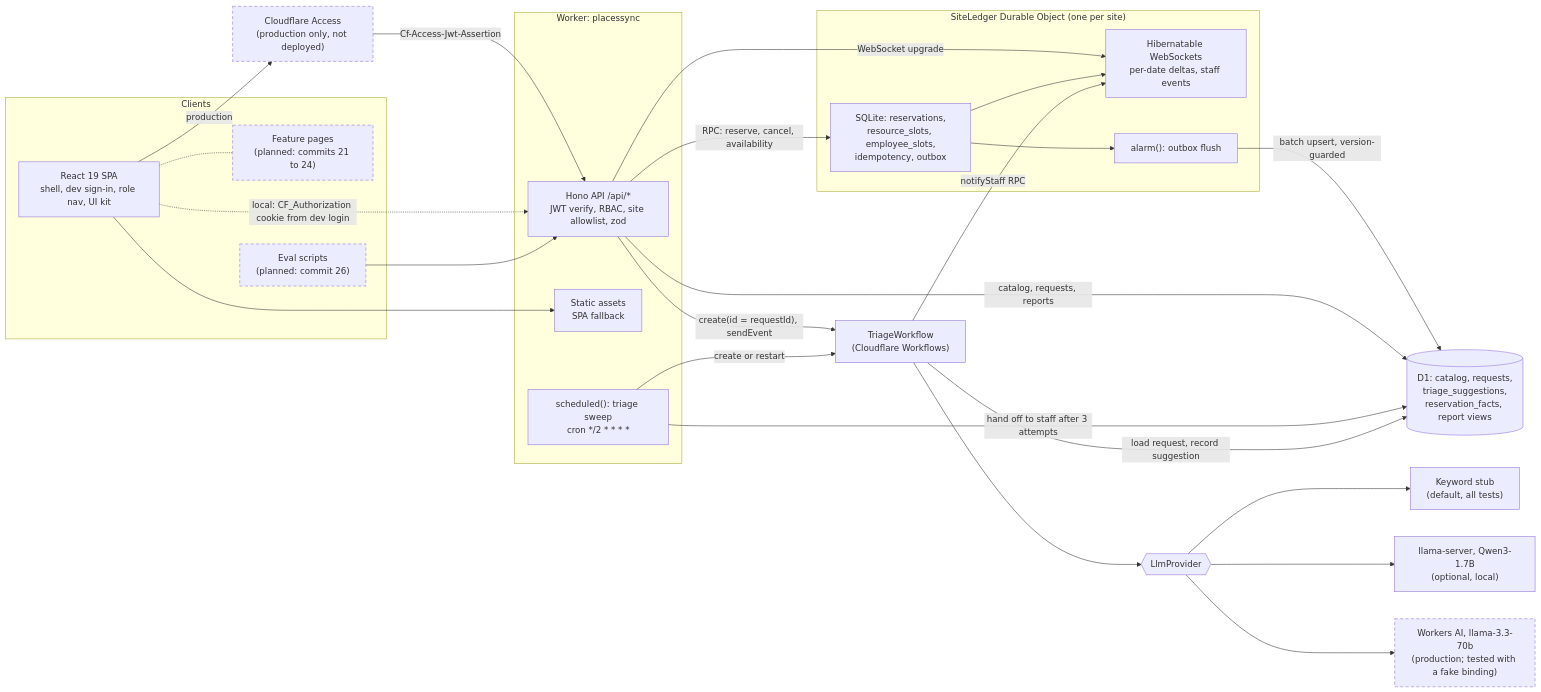
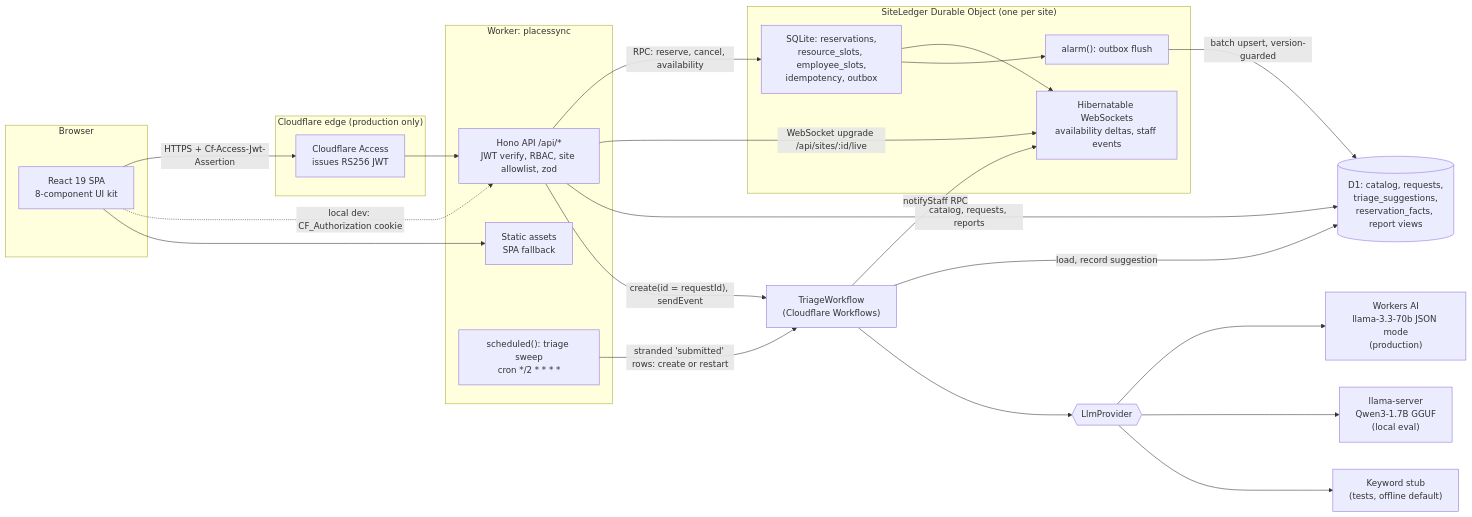
The diagram in README.md (nitishsjsucs/placessync), drawn with Mermaid before and after one commit. The commit also changed other lines of this file and 12 other files, not shown here.

Commit message:
docs: README, CONTEXT.md, ADRs 0001 to 0008, local-vs-production matrix

````diff
--- a/README.md
+++ b/README.md
@@ -82,50 +23,43 @@
 ```mermaid
 flowchart LR
-  subgraph Clients
-    SPA["React 19 SPA<br/>shell, dev sign-in, role nav, UI kit"]
-    PAGES["Feature pages<br/>(planned: commits 21 to 24)"]
-    EVAL["Eval scripts<br/>(planned: commit 26)"]
+  subgraph Browser
+    SPA["React 19 SPA<br/>8-component UI kit"]
   end
-  ACCESS["Cloudflare Access<br/>(production only, not deployed)"]
+  subgraph Edge["Cloudflare edge (production only)"]
+    ACCESS["Cloudflare Access<br/>issues RS256 JWT"]
+  end
   subgraph Worker["Worker: placessync"]
+    ASSETS["Static assets<br/>SPA fallback"]
     API["Hono API /api/*<br/>JWT verify, RBAC, site allowlist, zod"]
-    ASSETS["Static assets<br/>SPA fallback"]
     CRON["scheduled(): triage sweep<br/>cron */2 * * * *"]
   end
   subgraph DO["SiteLedger Durable Object (one per site)"]
     LEDGER["SQLite: reservations,<br/>resource_slots, employee_slots,<br/>idempotency, outbox"]
-    WS["Hibernatable WebSockets<br/>per-date deltas, staff events"]
+    WS["Hibernatable WebSockets<br/>availability deltas, staff events"]
     ALARM["alarm(): outbox flush"]
   end
   D1[("D1: catalog, requests,<br/>triage_suggestions,<br/>reservation_facts, report views")]
   WF["TriageWorkflow<br/>(Cloudflare Workflows)"]
   LLM{{"LlmProvider"}}
-  STUB["Keyword stub<br/>(default, all tests)"]
-  LLAMA["llama-server, Qwen3-1.7B<br/>(optional, local)"]
-  WAI["Workers AI, llama-3.3-70b<br/>(production; tested with a fake binding)"]
+  WAI["Workers AI<br/>llama-3.3-70b JSON mode<br/>(production)"]
+  LLAMA["llama-server<br/>Qwen3-1.7B GGUF<br/>(local eval)"]
+  STUB["Keyword stub<br/>(tests, offline default)"]
 
-  SPA -.- PAGES
-  SPA -->|"production"| ACCESS
-  ACCESS -->|"Cf-Access-Jwt-Assertion"| API
-  SPA -.->|"local: CF_Authorization cookie from dev login"| API
+  SPA -->|"HTTPS + Cf-Access-Jwt-Assertion"| ACCESS --> API
+  SPA -.->|"local dev: CF_Authorization cookie"| API
   SPA --> ASSETS
-  EVAL --> API
   API -->|"RPC: reserve, cancel, availability"| LEDGER
-  API -->|"WebSocket upgrade"| WS
+  API -->|"WebSocket upgrade /api/sites/:id/live"| WS
   LEDGER --> WS
   LEDGER --> ALARM
   ALARM -->|"batch upsert, version-guarded"| D1
   API -->|"catalog, requests, reports"| D1
   API -->|"create(id = requestId), sendEvent"| WF
-  CRON -->|"create or restart"| WF
-  CRON -->|"hand off to staff after 3 attempts"| D1
-  WF -->|"load request, record suggestion"| D1
+  CRON -->|"stranded 'submitted' rows: create or restart"| WF
+  WF -->|"load, record suggestion"| D1
   WF -->|"notifyStaff RPC"| WS
   WF --> LLM
+  LLM --> WAI
+  LLM --> LLAMA
   LLM --> STUB
-  LLM --> LLAMA
-  LLM --> WAI
-
-  classDef planned stroke-dasharray: 6 4
-  class PAGES,EVAL,ACCESS,WAI planned
 ```
````
